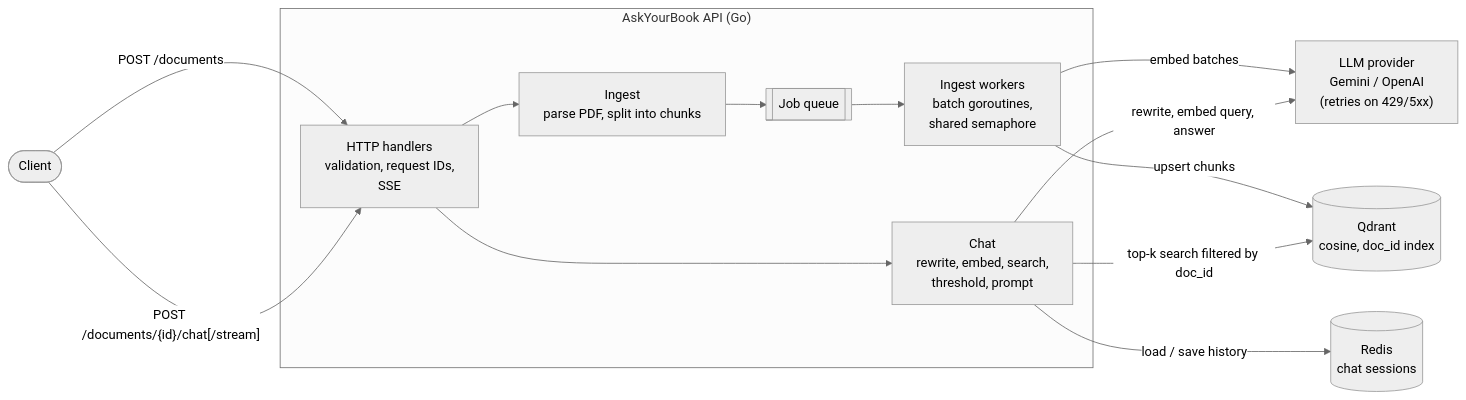
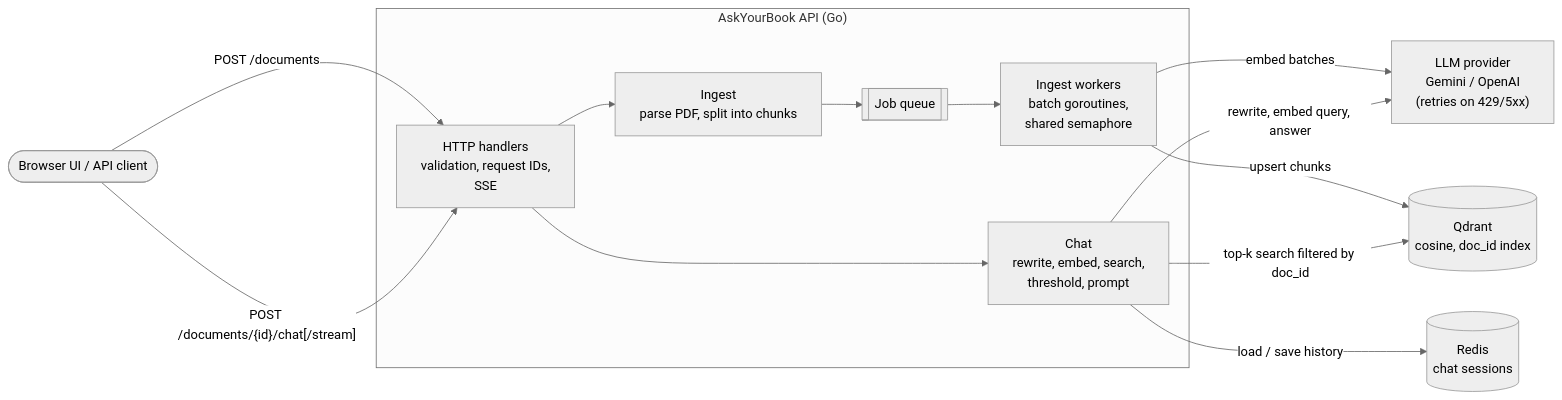
Before and after one commit to ayanshakil/askyourbook: the diagram in README.md, drawn with Mermaid (neutral theme). The commit also changed other lines of this file and 6 other files, not shown here.

````diff
--- a/README.md
+++ b/README.md
@@ -72,26 +79,26 @@
 ```mermaid
 flowchart LR
-    Client([Client])
+    Client(["Browser UI / API client"])
 
     subgraph API["AskYourBook API (Go)"]
         H["HTTP handlers<br/>validation, request IDs,<br/>SSE"]
         ING["Ingest<br/>parse PDF, split into chunks"]
         Q[["Job queue"]]
         W["Ingest workers<br/>batch goroutines,<br/>shared semaphore"]
         CHAT["Chat<br/>rewrite, embed, search,<br/>threshold, prompt"]
     end
 
     LLM["LLM provider<br/>Gemini / OpenAI<br/>(retries on 429/5xx)"]
     QD[("Qdrant<br/>cosine, doc_id index")]
     R[("Redis<br/>chat sessions")]
 
     Client -- "POST /documents" --> H
     H --> ING --> Q --> W
     W -- "embed batches" --> LLM
     W -- "upsert chunks" --> QD
     Client -- "POST /documents/{id}/chat[/stream]" --> H
     H --> CHAT
     CHAT -- "rewrite, embed query, answer" --> LLM
     CHAT -- "top-k search filtered by doc_id" --> QD
     CHAT -- "load / save history" --> R
 ```
````
